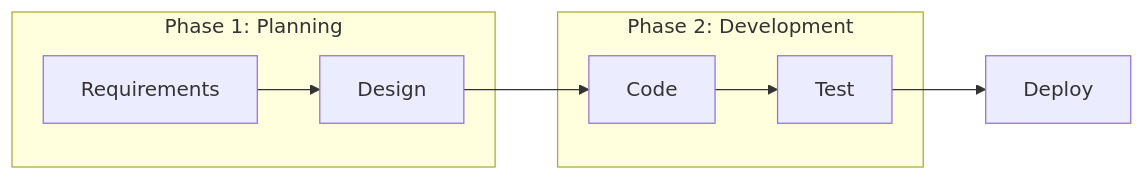
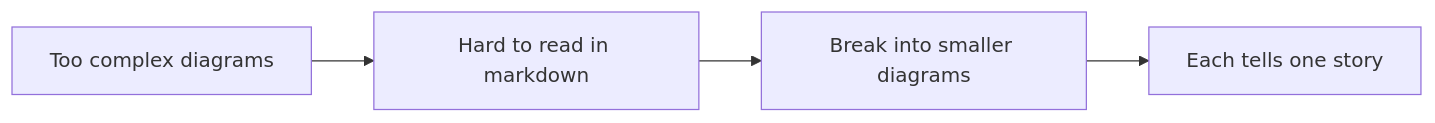
One commit to WISeAgent/blogs changed diagram 12 of 14 in docs/TechSavvy/mermaid-language-guide.md. Above: the diagram before and after it, drawn with Mermaid. The commit also changed other lines of this file and 8 other files, not shown here.

Commit message:
enable mermaid support

````diff
--- a/docs/TechSavvy/mermaid-language-guide.md
+++ b/docs/TechSavvy/mermaid-language-guide.md
@@ -115,11 +340,6 @@
 ```mermaid
 flowchart LR
-    subgraph "Phase 1: Planning"
-        A[Requirements] --> B[Design]
-    end
-    subgraph "Phase 2: Development"
-        C[Code] --> D[Test]
-    end
-    B --> C
-    D --> E[Deploy]
+    A[Too complex diagrams] --> B[Hard to read in markdown]
+    B --> C[Break into smaller diagrams]
+    C --> D[Each tells one story]
 ```
````
